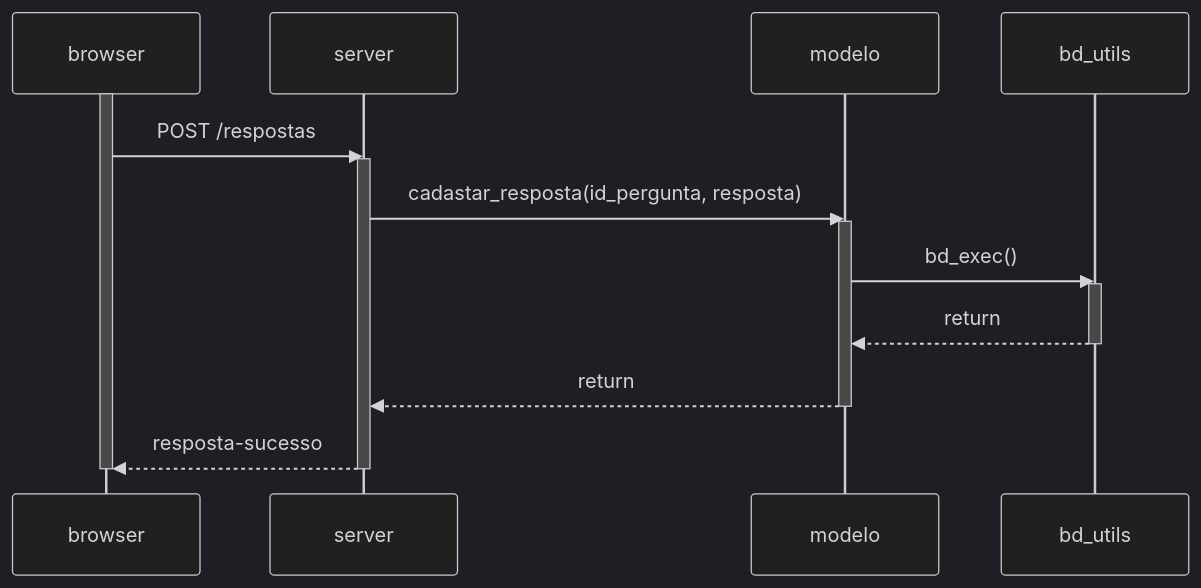
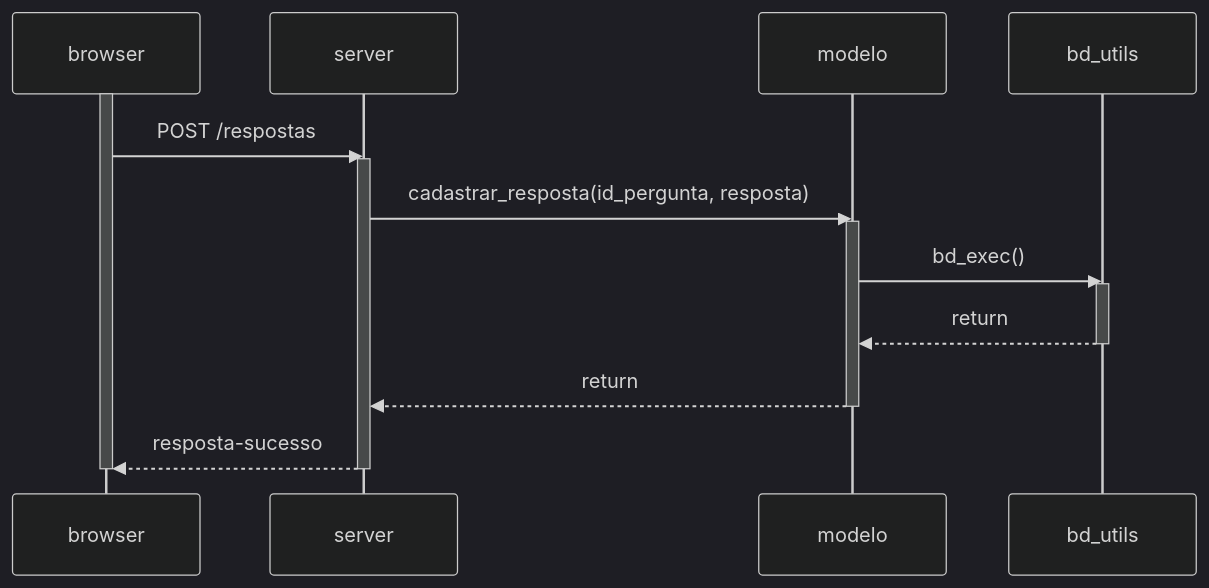
The fourth of 4 diagrams in docs/uml.md (mtov/esmforum), drawn with Mermaid (dark theme) before and after one commit. The commit also changed other lines of this file, not shown here.

````diff
--- a/docs/uml.md
+++ b/docs/uml.md
@@ -82,17 +82,17 @@
 ```mermaid
     sequenceDiagram
         activate browser
 	browser->>server: POST /respostas
         activate server
-        server->>modelo: cadastar_resposta(id_pergunta, resposta)
+        server->>modelo: cadastrar_resposta(id_pergunta, resposta)
         activate modelo
         modelo->>bd_utils: bd_exec()
         activate bd_utils
         bd_utils-->>modelo: return
         deactivate bd_utils
         modelo-->>server: return
         deactivate modelo
 	server-->>browser: resposta-sucesso
 	deactivate server
 	deactivate browser
 ```	
````
